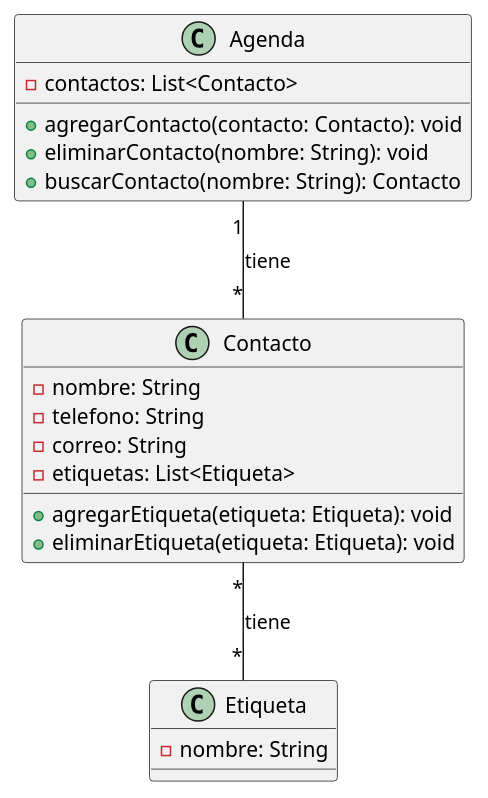
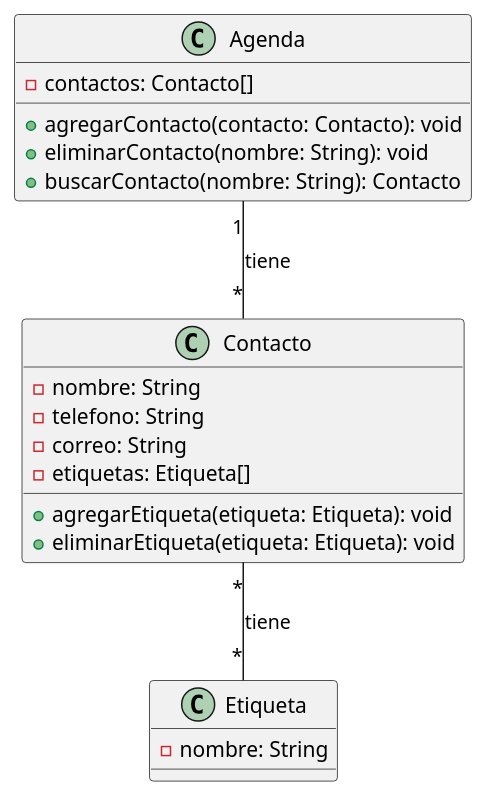
Before and after one commit to MarcosRCG/CFE-Repartido_5: the diagram in src/Ejercicio1/Ejercicio1.puml, drawn with PlantUML. The commit also changed 3 other files, not shown here.

```diff
--- a/src/Ejercicio1/Ejercicio1.puml
+++ b/src/Ejercicio1/Ejercicio1.puml
@@ -1,25 +1,25 @@
 @startuml
 class Agenda{
-    -contactos: List<Contacto>
+    -contactos: Contacto[]
     +agregarContacto(contacto: Contacto): void
     +eliminarContacto(nombre: String): void
     +buscarContacto(nombre: String): Contacto
 }
 
 class Contacto{
     -nombre: String
     -telefono: String
     -correo: String
-    -etiquetas: List<Etiqueta>
+    -etiquetas: Etiqueta[]
     +agregarEtiqueta(etiqueta: Etiqueta): void
     +eliminarEtiqueta(etiqueta: Etiqueta): void
 }
 
 class Etiqueta{
     -nombre: String
 }
 
 Agenda "1" -- "*" Contacto: tiene
 Contacto "*" -- "*" Etiqueta: tiene
 
 @enduml
```
